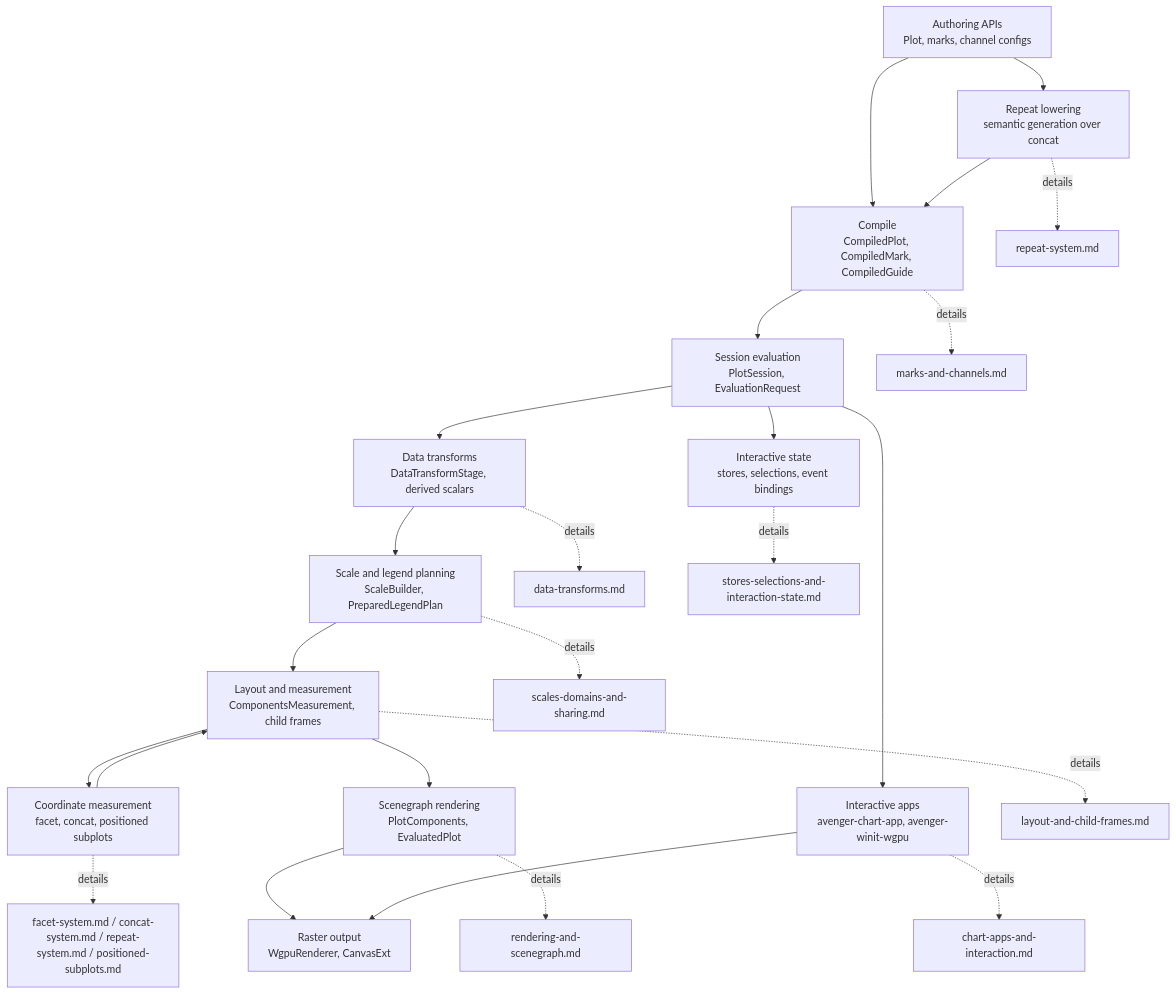
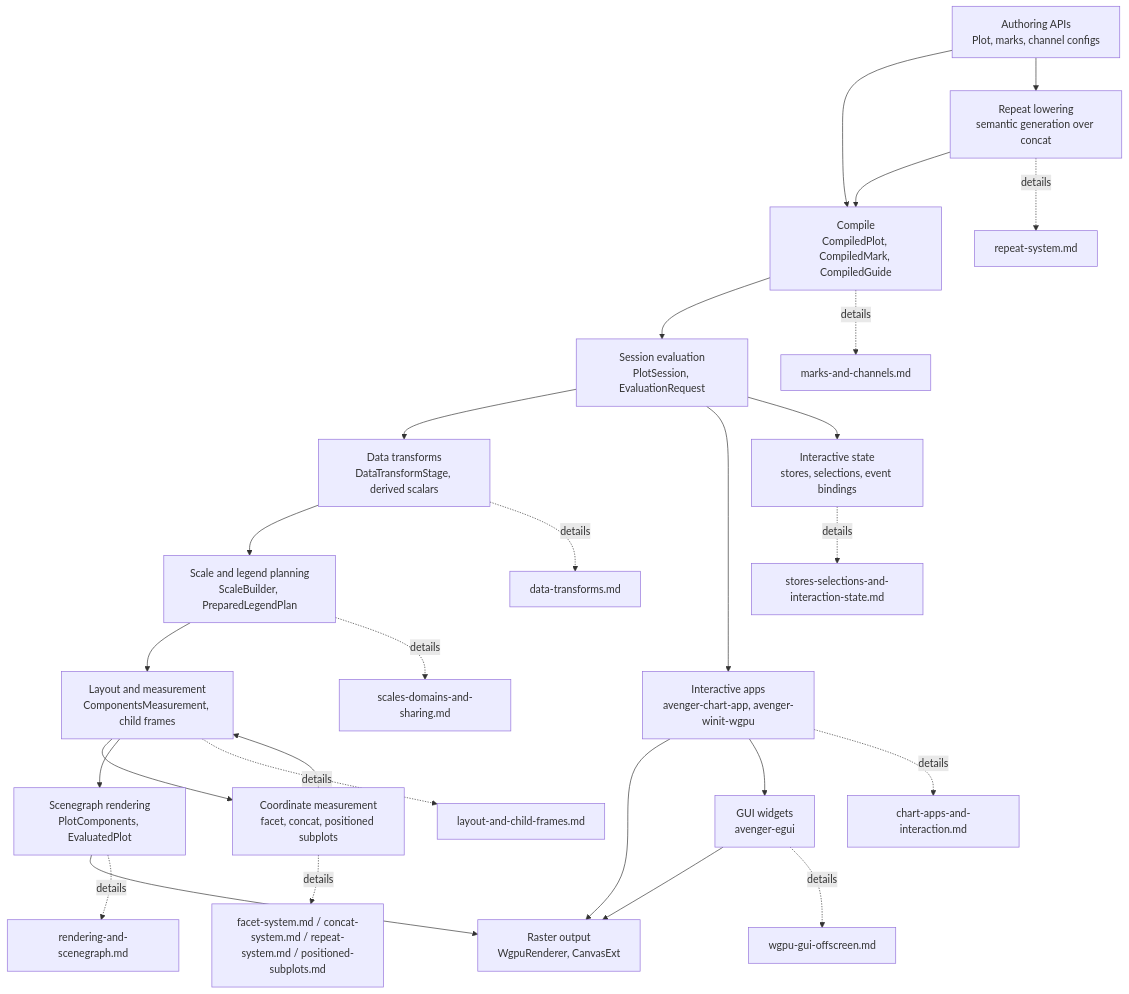
One commit to jonmmease/avenger changed the diagram in avenger-chart/docs/architecture/README.md. Above: the diagram before and after it, drawn with Mermaid. The commit also changed other lines of this file and 2 other files, not shown here.

Commit message:
docs(chart): document wgpu gui offscreen architecture

````diff
--- a/avenger-chart/docs/architecture/README.md
+++ b/avenger-chart/docs/architecture/README.md
@@ -37,40 +40,44 @@
 ```mermaid
 flowchart TD
     Author["Authoring APIs\nPlot, marks, channel configs"]
     Compile["Compile\nCompiledPlot, CompiledMark, CompiledGuide"]
     Session["Session evaluation\nPlotSession, EvaluationRequest"]
     Transforms["Data transforms\nDataTransformStage, derived scalars"]
     ScaleLegend["Scale and legend planning\nScaleBuilder, PreparedLegendPlan"]
     Layout["Layout and measurement\nComponentsMeasurement, child frames"]
     Coord["Coordinate measurement\nfacet, concat, positioned subplots"]
     Repeat["Repeat lowering\nsemantic generation over concat"]
     Render["Scenegraph rendering\nPlotComponents, EvaluatedPlot"]
     Wgpu["Raster output\nWgpuRenderer, CanvasExt"]
     Apps["Interactive apps\navenger-chart-app, avenger-winit-wgpu"]
+    Gui["GUI widgets\navenger-egui"]
     State["Interactive state\nstores, selections, event bindings"]
 
     Author --> Compile
     Author --> Repeat
     Repeat --> Compile
     Compile --> Session
     Session --> Transforms
     Transforms --> ScaleLegend
     ScaleLegend --> Layout
     Layout --> Coord
     Coord --> Layout
     Layout --> Render
     Render --> Wgpu
     Session --> Apps
     Session --> State
     Apps --> Wgpu
+    Apps --> Gui
+    Gui --> Wgpu
 
     Compile -. details .-> Marks["marks-and-channels.md"]
     Repeat -. details .-> RepeatDocs["repeat-system.md"]
     Transforms -. details .-> TransformDocs["data-transforms.md"]
     ScaleLegend -. details .-> Scales["scales-domains-and-sharing.md"]
     Layout -. details .-> ChildFrames["layout-and-child-frames.md"]
     Coord -. details .-> Containers["facet-system.md / concat-system.md / repeat-system.md / positioned-subplots.md"]
     Render -. details .-> Rendering["rendering-and-scenegraph.md"]
     Apps -. details .-> AppDocs["chart-apps-and-interaction.md"]
+    Gui -. details .-> GuiDocs["wgpu-gui-offscreen.md"]
     State -. details .-> StateDocs["stores-selections-and-interaction-state.md"]
 ```
````
